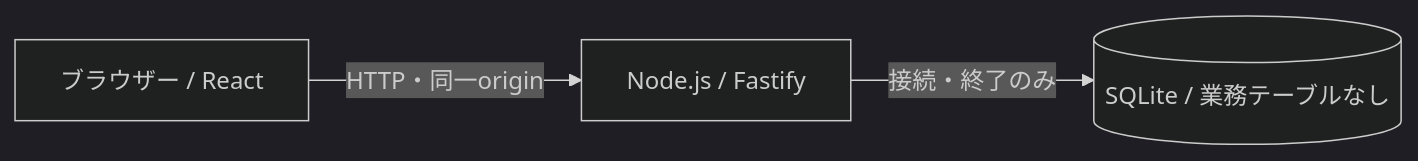
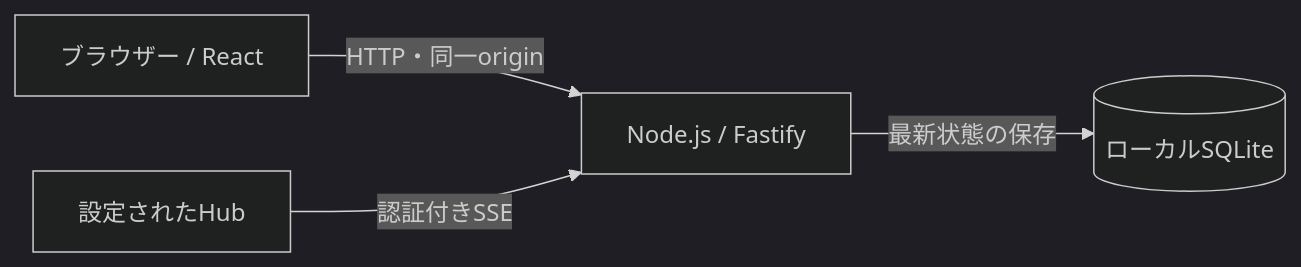
One commit to nuitsjp/token-monitor-analytics changed the second of 3 diagrams in docs/architecture.md. Above: the diagram before and after it, drawn with Mermaid (dark theme). The commit also changed other lines of this file and 5 other files, not shown here.

````diff
--- a/docs/architecture.md
+++ b/docs/architecture.md
@@ -20,5 +21,6 @@
 ```mermaid
 flowchart LR
   ui["ブラウザー / React"] -->|"HTTP・同一origin"| server["Node.js / Fastify"]
-  server -->|"接続・終了のみ"| db[("SQLite / 業務テーブルなし")]
+  hub["設定されたHub"] -->|"認証付きSSE"| server
+  server -->|"最新状態の保存"| db[("ローカルSQLite")]
 ```
````
